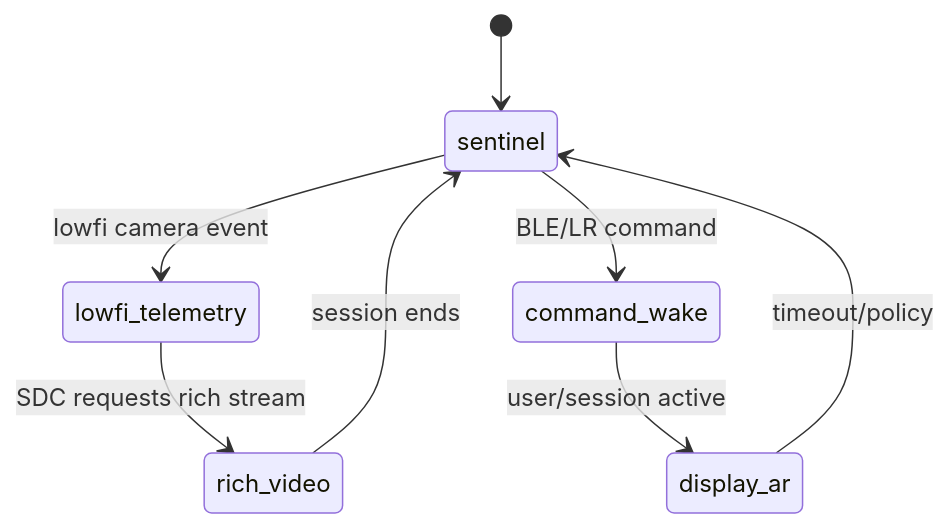
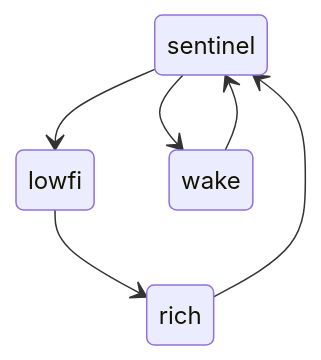
One commit to anantheparty/meiso_glass changed the second of 2 diagrams in docs/SDK/bible/SDK_SUBSYSTEM_DESIGN.md. Above: the diagram before and after it, drawn with Mermaid. The commit also changed other lines of this file and 2 other files, not shown here.

````diff
--- a/docs/SDK/bible/SDK_SUBSYSTEM_DESIGN.md
+++ b/docs/SDK/bible/SDK_SUBSYSTEM_DESIGN.md
@@ -247,10 +593,8 @@
 ```mermaid
 stateDiagram-v2
-  [*] --> sentinel
-  sentinel --> lowfi_telemetry: lowfi camera event
-  sentinel --> command_wake: BLE/LR command
-  lowfi_telemetry --> rich_video: SDC requests rich stream
-  command_wake --> display_ar: user/session active
-  rich_video --> sentinel: session ends
-  display_ar --> sentinel: timeout/policy
+  sentinel --> lowfi
+  lowfi --> rich
+  rich --> sentinel
+  sentinel --> wake
+  wake --> sentinel
 ```
````
